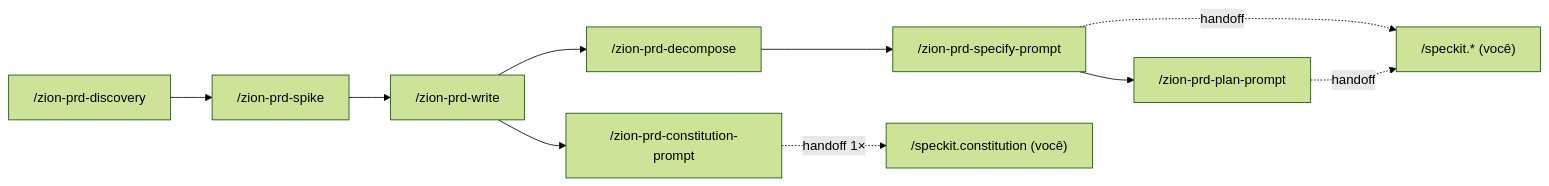
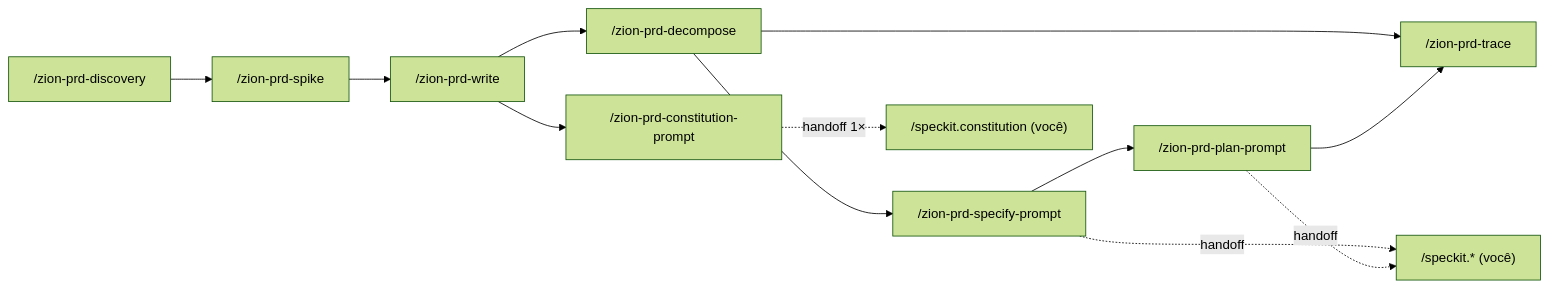
One commit to tuyoshivinicius/zion-build-prd changed the diagram in docs/como-usar.md. Above: the diagram before and after it, drawn with Mermaid (forest theme). The commit also changed other lines of this file and 2 other files, not shown here.

Commit message:
docs(trace): registra /zion-prd-trace; tabela viva reenquadrada (8→9 skills)

````diff
--- a/docs/como-usar.md
+++ b/docs/como-usar.md
@@ -51,12 +52,14 @@
 ```mermaid
 flowchart LR
     A["/zion-prd-discovery"] --> B["/zion-prd-spike"]
     B --> C["/zion-prd-write"]
     C --> D["/zion-prd-decompose"]
     C --> G["/zion-prd-constitution-prompt"]
     D --> E["/zion-prd-specify-prompt"]
     E --> P["/zion-prd-plan-prompt"]
+    D --> T["/zion-prd-trace"]
+    P --> T
     G -.->|handoff 1×| H["/speckit.constitution (você)"]
     E -.->|handoff| F["/speckit.* (você)"]
     P -.->|handoff| F
 ```
````
